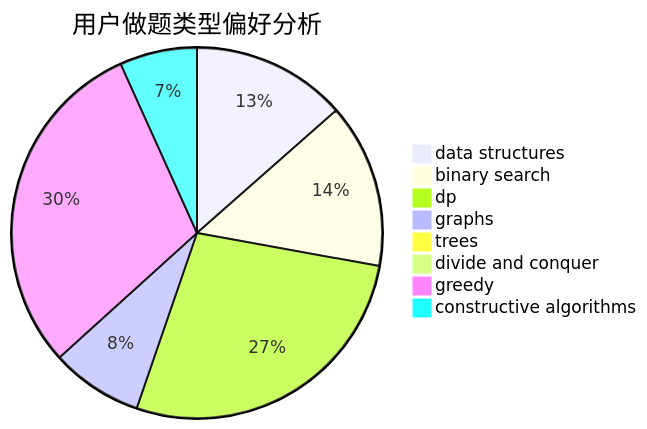
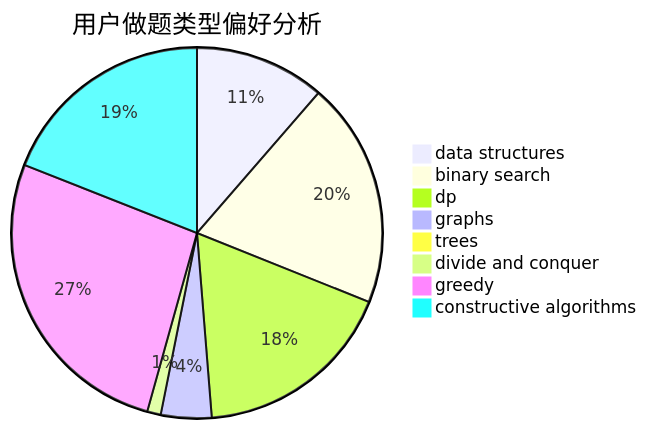
One commit to sherpahu/cfrs.github.io changed the second of 3 diagrams in docs/user/u2719.md. Above: the diagram before and after it, drawn with Mermaid. The commit also changed other lines of this file and 2770 other files, not shown here.

````diff
--- a/docs/user/u2719.md
+++ b/docs/user/u2719.md
@@ -23,11 +23,11 @@
 ```mermaid
 pie title 用户做题类型偏好分析
-    "data structures" :  32
-    "binary search" :  34
-    "dp" :  65
-    "graphs" :  19
-    "trees" :  1
-    "divide and conquer" :  0
-    "greedy" :  71
-    "constructive algorithms" :  16
+    "data structures" :  67
+    "binary search" :  116
+    "dp" :  104
+    "graphs" :  26
+    "trees" :  0
+    "divide and conquer" :  7
+    "greedy" :  157
+    "constructive algorithms" :  112
 ```
````
